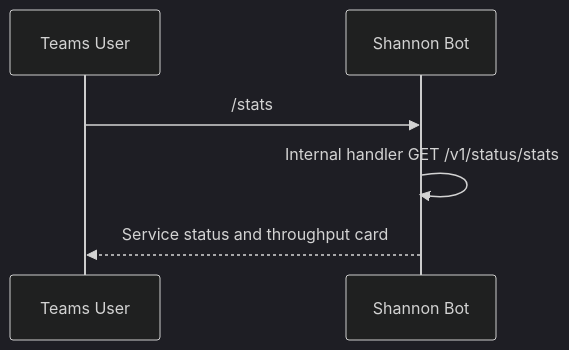
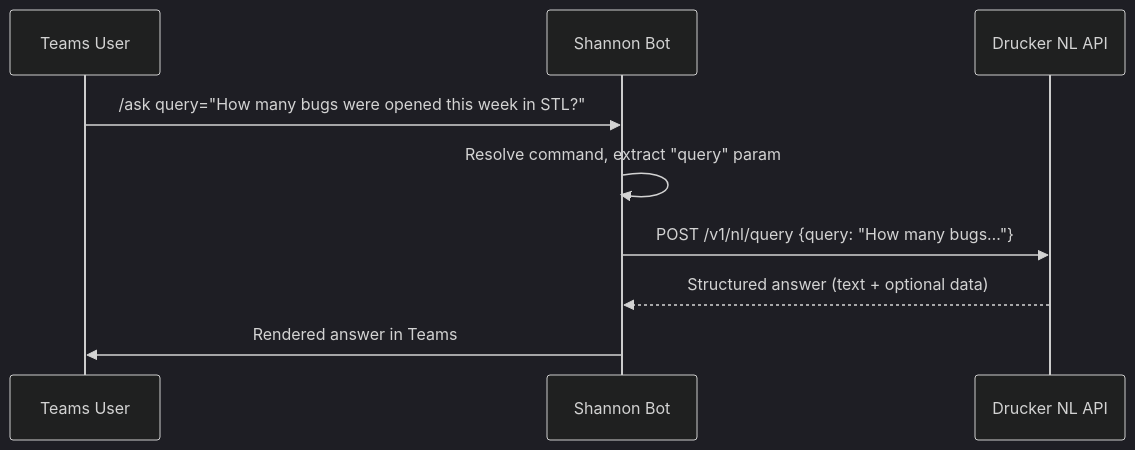
Before and after one commit to jmac-cornelis/agent-workforce: the fourth of 4 diagrams in docs/config-shannon.md, drawn with Mermaid (dark theme). The commit also changed other lines of this file and 7 other files, not shown here.

````diff
--- a/docs/config-shannon.md
+++ b/docs/config-shannon.md
@@ -122,9 +110,12 @@
 ```mermaid
 sequenceDiagram
     participant User as Teams User
     participant Shannon as Shannon Bot
+    participant Drucker as Drucker NL API
 
-    User->>Shannon: /stats
-    Shannon->>Shannon: Internal handler GET /v1/status/stats
-    Shannon-->>User: Service status and throughput card
+    User->>Shannon: /ask query="How many bugs were opened this week in STL?"
+    Shannon->>Shannon: Resolve command, extract "query" param
+    Shannon->>Drucker: POST /v1/nl/query {query: "How many bugs…"}
+    Drucker-->>Shannon: Structured answer (text + optional data)
+    Shannon->>User: Rendered answer in Teams
 ```
````
